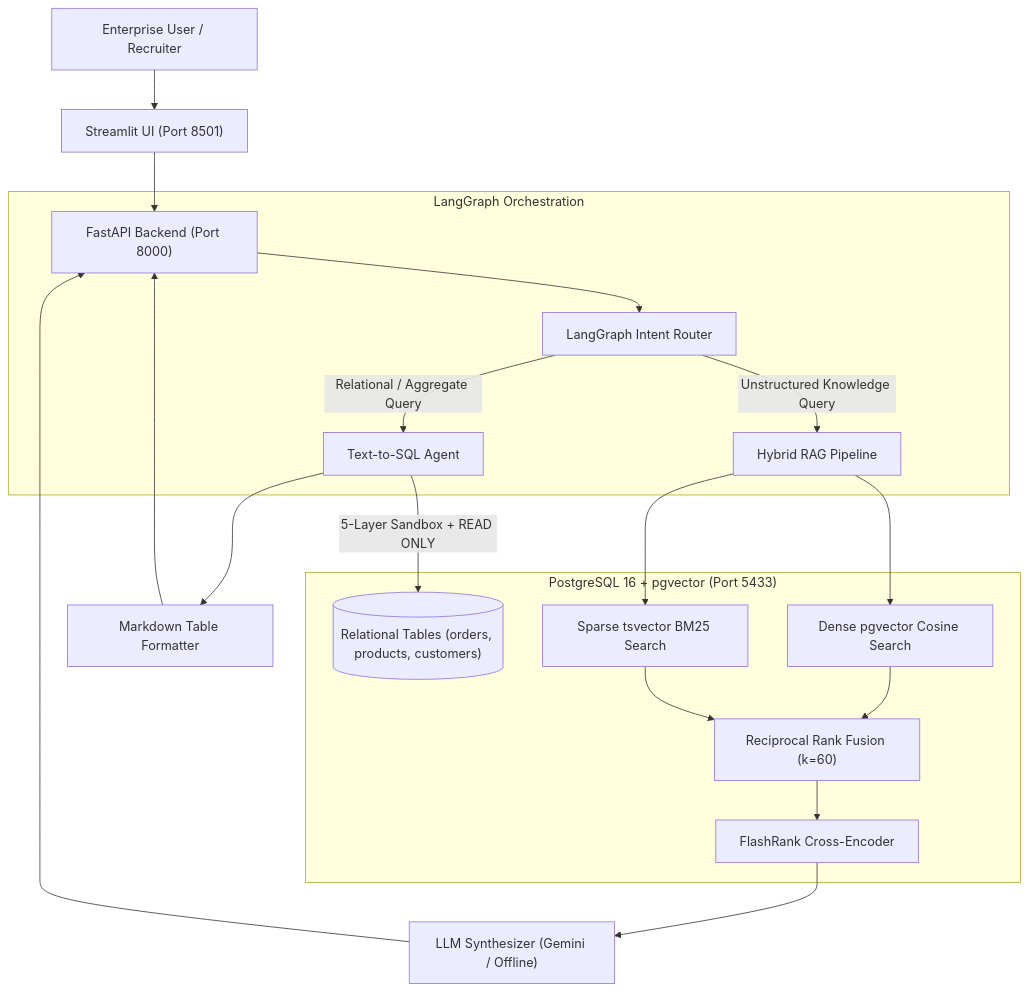
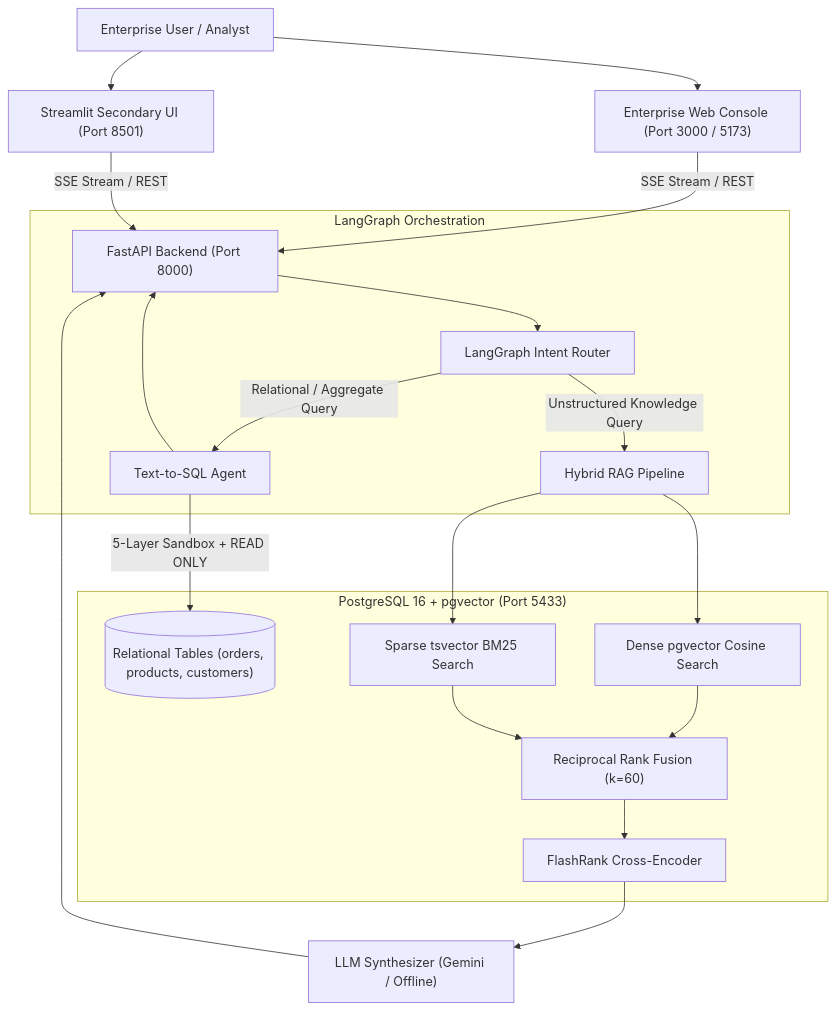
One commit to avyak-labs/OmniQuery-AI changed the diagram in README.md. Above: the diagram before and after it, drawn with Mermaid. The commit also changed other lines of this file and 18 other files, not shown here.

First line of the commit message:
feat(ui): redesign enterprise web console with live system telemetry, markdown streaming, and theme engine

````diff
--- a/README.md
+++ b/README.md
@@ -117,25 +135,26 @@
 ```mermaid
 flowchart TD
-    User["Enterprise User / Recruiter"] --> UI["Streamlit UI (Port 8501)"]
-    UI --> API["FastAPI Backend (Port 8000)"]
+    User["Enterprise User / Analyst"] --> ReactUI["Enterprise Web Console (Port 3000 / 5173)"]
+    User --> StreamlitUI["Streamlit Secondary UI (Port 8501)"]
+    ReactUI -->|SSE Stream / REST| API["FastAPI Backend (Port 8000)"]
+    StreamlitUI -->|SSE Stream / REST| API
     
     subgraph Agentic_Layer ["LangGraph Orchestration"]
         API --> Router["LangGraph Intent Router"]
         Router -->|"Relational / Aggregate Query"| SQLAgent["Text-to-SQL Agent"]
         Router -->|"Unstructured Knowledge Query"| HybridRAG["Hybrid RAG Pipeline"]
     end
 
     subgraph Data_Layer ["PostgreSQL 16 + pgvector (Port 5433)"]
         SQLAgent -->|"5-Layer Sandbox + READ ONLY"| RelDB[("Relational Tables (orders, products, customers)")]
         HybridRAG --> Dense["Dense pgvector Cosine Search"]
         HybridRAG --> Sparse["Sparse tsvector BM25 Search"]
         Dense --> RRF["Reciprocal Rank Fusion (k=60)"]
         Sparse --> RRF
         RRF --> Reranker["FlashRank Cross-Encoder"]
     end
 
     Reranker --> Synthesizer["LLM Synthesizer (Gemini / Offline)"]
-    SQLAgent --> Formatter["Markdown Table Formatter"]
     Synthesizer --> API
-    Formatter --> API
+    SQLAgent --> API
 ```
````
